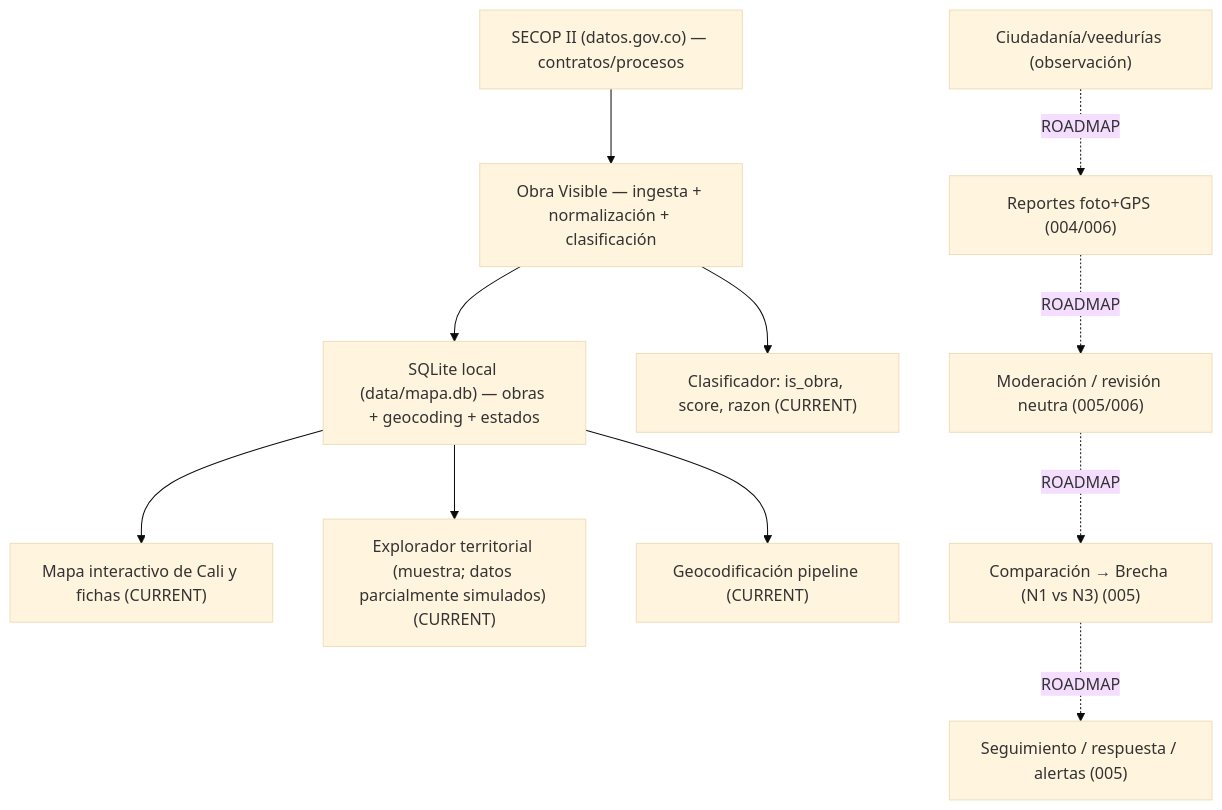
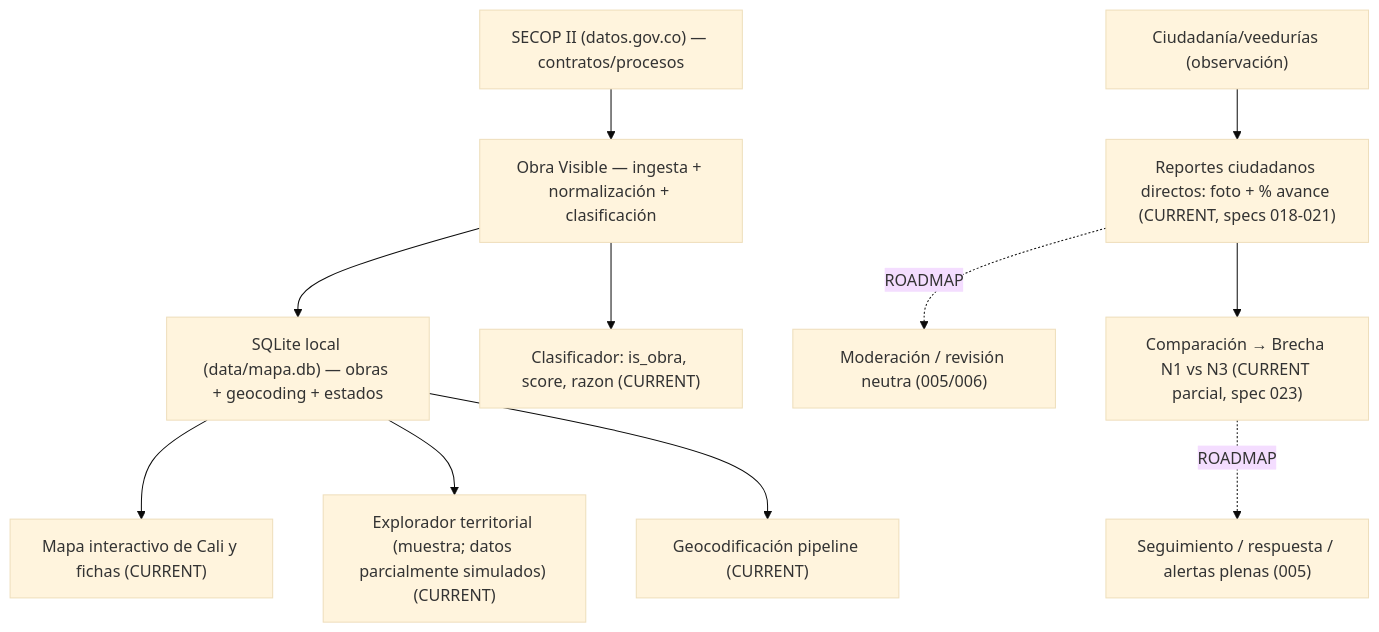
One commit to nicoarchery/innovacion-emprendimiento3 changed the diagram in docs/knowledge/99-master-context.md. Above: the diagram before and after it, drawn with Mermaid (base theme). The commit also changed other lines of this file and 15 other files, not shown here.

````diff
--- a/docs/knowledge/99-master-context.md
+++ b/docs/knowledge/99-master-context.md
@@ -107,13 +107,13 @@
 ```mermaid
 flowchart TD
     A["SECOP II (datos.gov.co) — contratos/procesos"] --> B["Obra Visible — ingesta + normalización + clasificación"]
     B --> C["SQLite local (data/mapa.db) — obras + geocoding + estados"]
     C --> D["Mapa interactivo de Cali y fichas (CURRENT)"]
     C --> E["Explorador territorial (muestra; datos parcialmente simulados) (CURRENT)"]
-    F["Ciudadanía/veedurías (observación)"] -.ROADMAP.-> G["Reportes foto+GPS (004/006)"]
+    F["Ciudadanía/veedurías (observación)"] --> G["Reportes ciudadanos directos: foto + % avance (CURRENT, specs 018-021)"]
     G -.ROADMAP.-> H["Moderación / revisión neutra (005/006)"]
-    H -.ROADMAP.-> I["Comparación → Brecha (N1 vs N3) (005)"]
-    I -.ROADMAP.-> J["Seguimiento / respuesta / alertas (005)"]
+    G --> I["Comparación → Brecha N1 vs N3 (CURRENT parcial, spec 023)"]
+    I -.ROADMAP.-> J["Seguimiento / respuesta / alertas plenas (005)"]
     B --> K["Clasificador: is_obra, score, razon (CURRENT)"]
     C --> L["Geocodificación pipeline (CURRENT)"]
 ```
````
